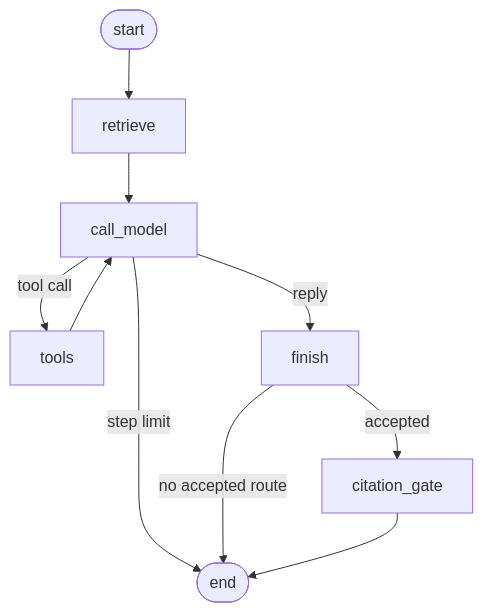
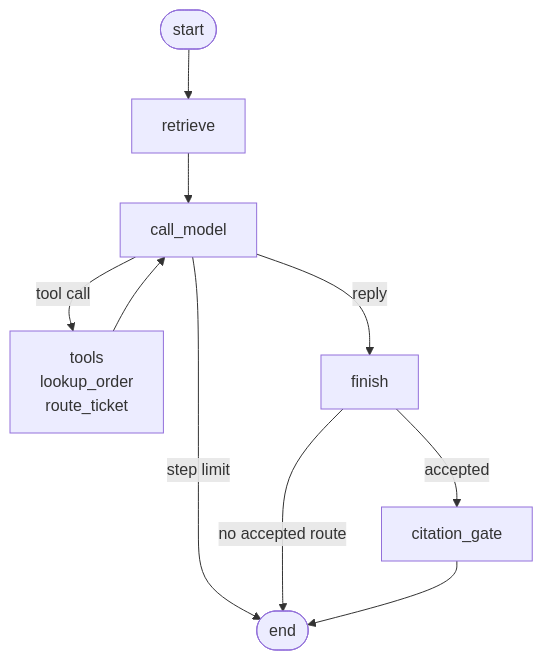
Before and after one commit to gabezurita/support-triage: the diagram in README.md, drawn with Mermaid. The commit also changed other lines of this file and 1 other file, not shown here.

Commit message:
docs: show lookup_order and route_ticket on the tools box (#29)
The demo names those two tools, and the diagram only said tools.

````diff
--- a/README.md
+++ b/README.md
@@ -33,12 +33,12 @@
 ```mermaid
 flowchart TD
     startNode([start]) --> retrieve
     retrieve --> call_model
-    call_model -->|tool call| tools
+    call_model -->|tool call| tools["tools<br/>lookup_order<br/>route_ticket"]
     tools --> call_model
     call_model -->|reply| finish
     call_model -->|step limit| endNode([end])
     finish -->|accepted| citation_gate
     finish -->|no accepted route| endNode
     citation_gate --> endNode
 ```
````
